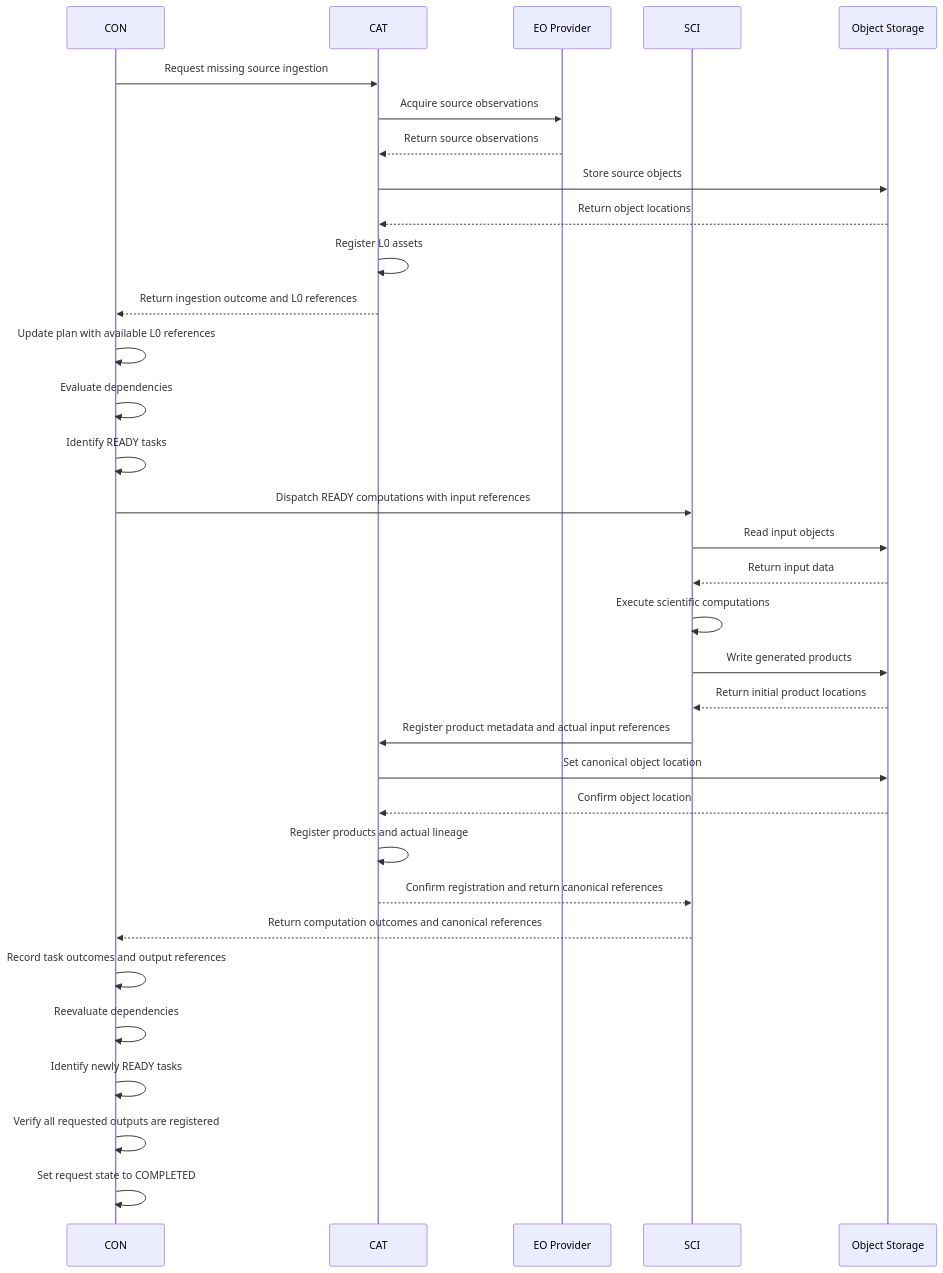
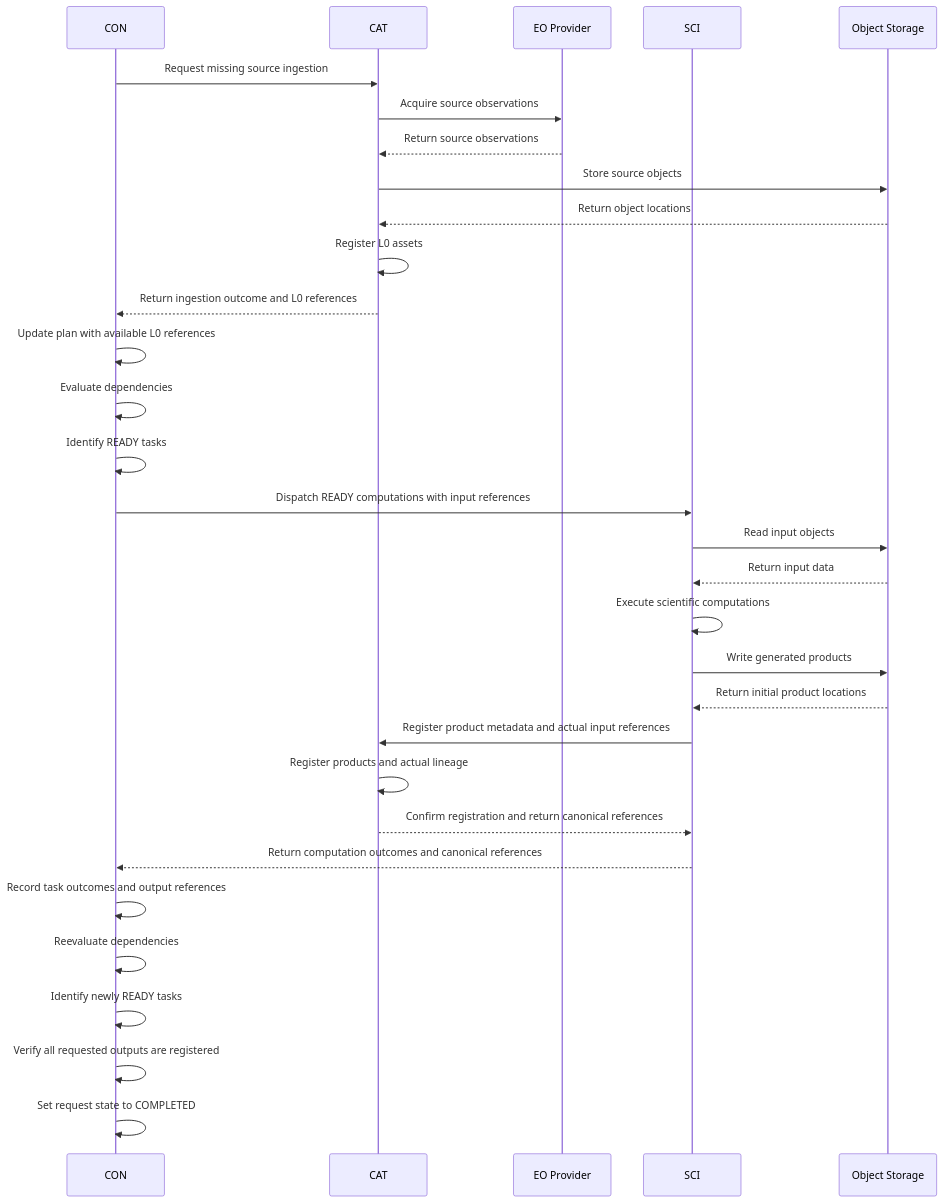
One commit to arnaudsomville/MEOGAP changed the diagram in documentation/architecture/sequence_diagrams/execute-analysis.md. Above: the diagram before and after it, drawn with Mermaid.

Commit message:
docs: keep optional asset reorganization non-mandatory in sequence

````diff
--- a/documentation/architecture/sequence_diagrams/execute-analysis.md
+++ b/documentation/architecture/sequence_diagrams/execute-analysis.md
@@ -15,39 +15,37 @@
 ```mermaid
 sequenceDiagram
     participant CON
     participant CAT
     participant EO as EO Provider
     participant SCI
     participant S3 as Object Storage
 
     CON->>CAT: Request missing source ingestion
     CAT->>EO: Acquire source observations
     EO-->>CAT: Return source observations
     CAT->>S3: Store source objects
     S3-->>CAT: Return object locations
     CAT->>CAT: Register L0 assets
     CAT-->>CON: Return ingestion outcome and L0 references
 
     CON->>CON: Update plan with available L0 references
     CON->>CON: Evaluate dependencies
     CON->>CON: Identify READY tasks
     CON->>SCI: Dispatch READY computations with input references
 
     SCI->>S3: Read input objects
     S3-->>SCI: Return input data
     SCI->>SCI: Execute scientific computations
     SCI->>S3: Write generated products
     S3-->>SCI: Return initial product locations
     SCI->>CAT: Register product metadata and actual input references
-    CAT->>S3: Set canonical object location
-    S3-->>CAT: Confirm object location
     CAT->>CAT: Register products and actual lineage
     CAT-->>SCI: Confirm registration and return canonical references
     SCI-->>CON: Return computation outcomes and canonical references
     CON->>CON: Record task outcomes and output references
     CON->>CON: Reevaluate dependencies
     CON->>CON: Identify newly READY tasks
 
     CON->>CON: Verify all requested outputs are registered
     CON->>CON: Set request state to COMPLETED
 ```
````
